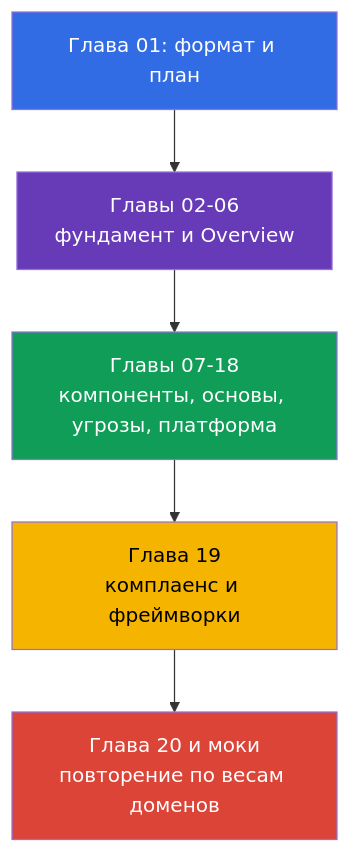
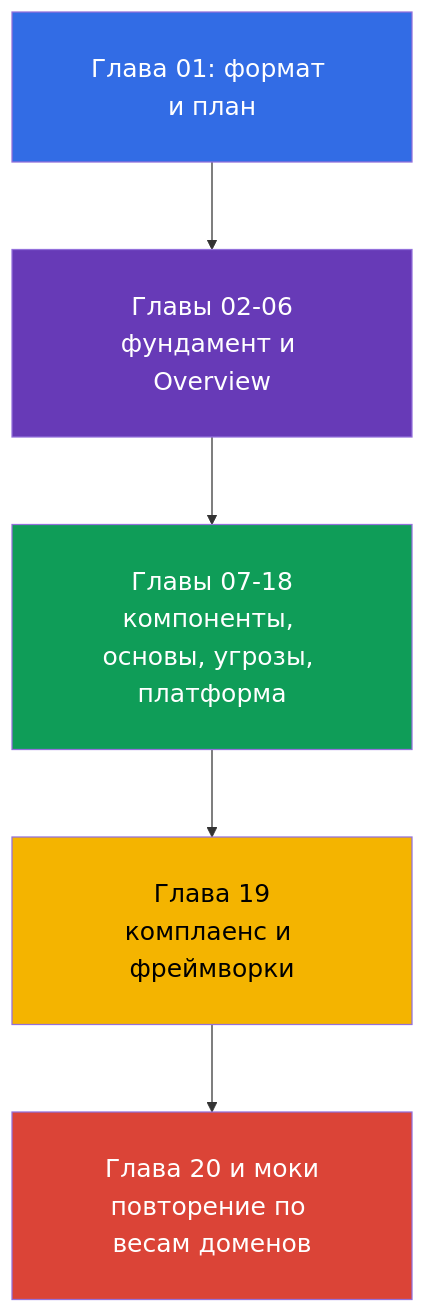
One commit to ViktorUJ/cks changed the second of 2 diagrams in tasks/kcsa/course/01/ru.md. Above: the diagram before and after it, drawn with Mermaid. The commit also changed other lines of this file and 29 other files, not shown here.

````diff
--- a/tasks/kcsa/course/01/ru.md
+++ b/tasks/kcsa/course/01/ru.md
@@ -74,12 +74,13 @@
 ```mermaid
+%%{init: {"themeVariables": {"fontSize": "20px"}, "flowchart": {"nodeSpacing": 65, "rankSpacing": 70, "padding": 30}} }%%
 flowchart TB
-    start["Глава 01: формат и план"] --> foundation["Главы 02-06\nфундамент и Overview"]
-    foundation --> core["Главы 07-18\nкомпоненты, основы, угрозы, платформа"]
-    core --> frameworks["Глава 19\nкомплаенс и фреймворки"]
-    frameworks --> exam["Глава 20 и моки\nповторение по весам доменов"]
+    start["Глава 01: формат и план"] --> foundation["Главы 02-06<br/>фундамент и Overview"]
+    foundation --> core["Главы 07-18<br/>компоненты, основы, угрозы, платформа"]
+    core --> frameworks["Глава 19<br/>комплаенс и фреймворки"]
+    frameworks --> exam["Глава 20 и моки<br/>повторение по весам доменов"]
     style start fill:#326ce5,color:#fff
     style foundation fill:#673ab7,color:#fff
     style core fill:#0f9d58,color:#fff
     style frameworks fill:#f4b400,color:#000
     style exam fill:#db4437,color:#fff
 ```
````
